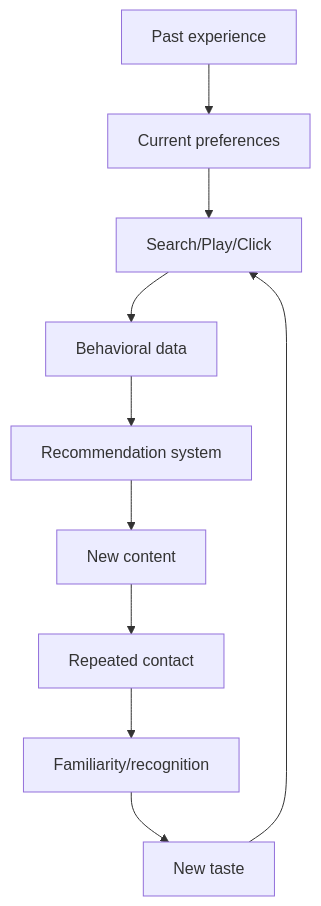
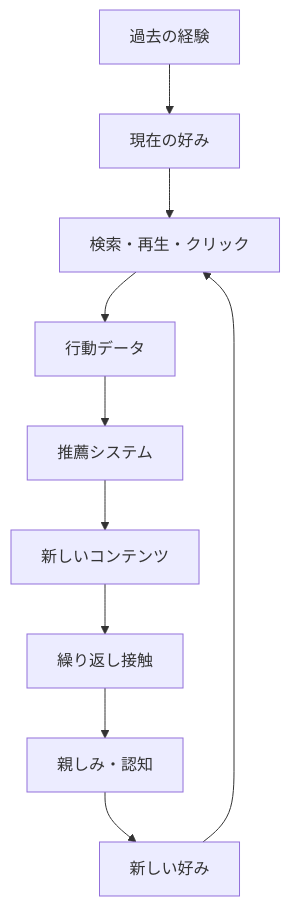
The second of 2 diagrams in en/_posts/2026-08-15-column-the-death-of-the-human-taste.md (monumental-movement/monumental-movement.github.io), drawn with Mermaid before and after one commit. The commit also changed other lines of this file and 2196 other files, not shown here.

```diff
--- a/en/_posts/2026-08-15-column-the-death-of-the-human-taste.md
+++ b/en/_posts/2026-08-15-column-the-death-of-the-human-taste.md
@@ -1424,12 +1456,12 @@
 <div class="mermaid">
 flowchart TD
-A["Past experience"] --> B["Current preferences"]
-B --> C["Search/Play/Click"]
-C --> D["Behavioral data"]
-D --> E["Recommendation system"]
-E --> F["New content"]
-F --> G["Repeated contact"]
-G --> H["Familiarity/recognition"]
-H --> I["New taste"]
+A["過去の経験"] --> B["現在の好み"]
+B --> C["検索・再生・クリック"]
+C --> D["行動データ"]
+D --> E["推薦システム"]
+E --> F["新しいコンテンツ"]
+F --> G["繰り返し接触"]
+G --> H["親しみ・認知"]
+H --> I["新しい好み"]
 I --> C
 </div>
```
